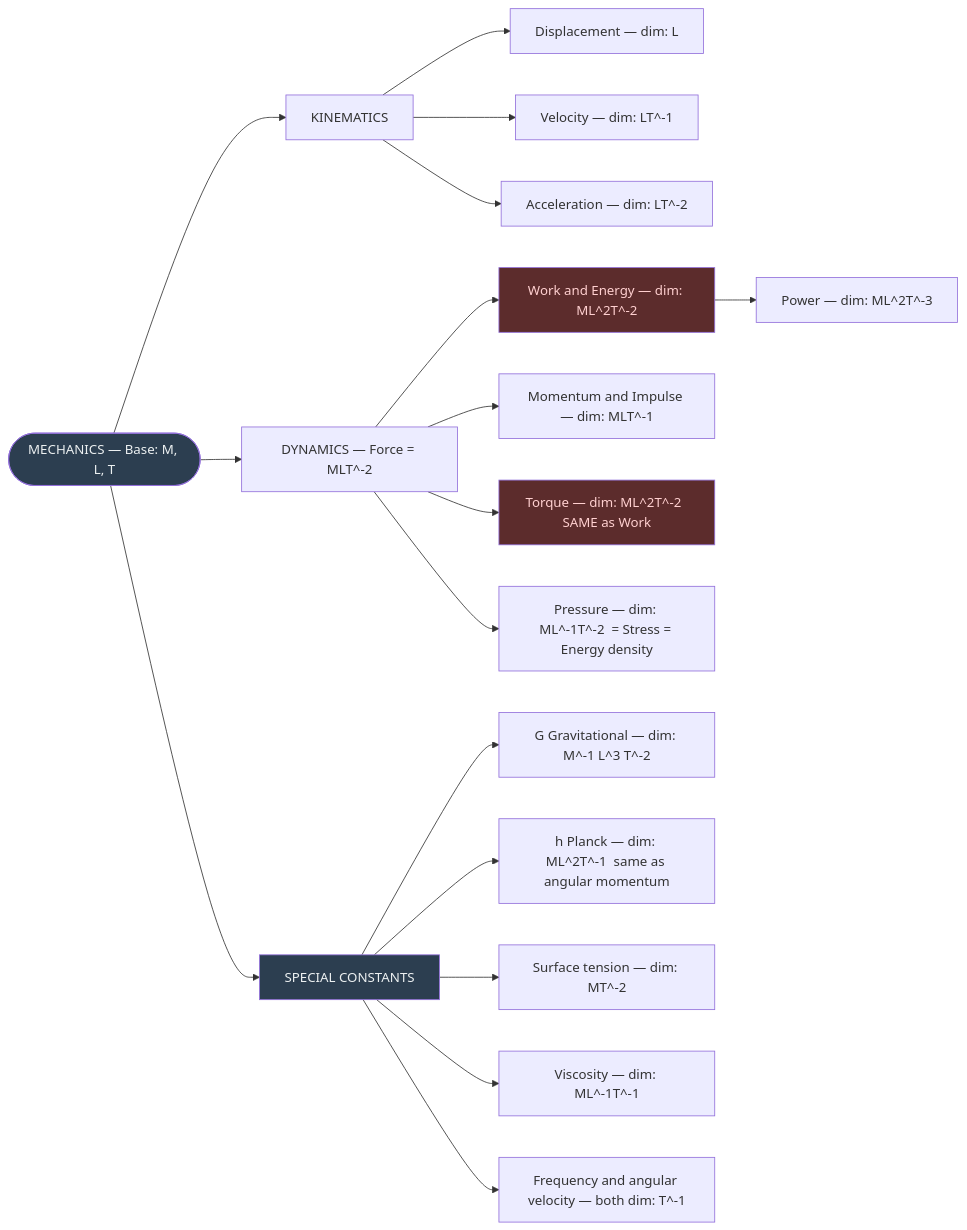
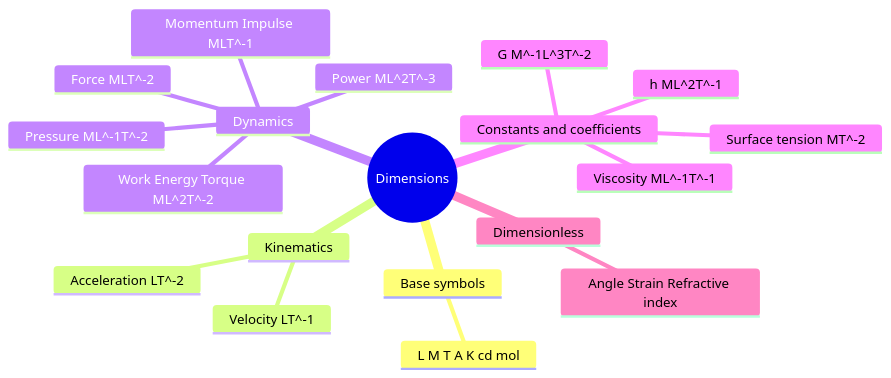
One commit to fsr-science/NCERT-Science changed the fourth of 7 diagrams in AI-NOTES/PHYSICS/PHYSICS01-UNITS_AND_MEASUREMENTS/PHYSICS01-UNITS_AND_MEASUREMENTS-CNOTES.md. Above: the diagram before and after it, drawn with Mermaid. The commit also changed other lines of this file and 8 other files, not shown here.

````diff
--- a/AI-NOTES/PHYSICS/PHYSICS01-UNITS_AND_MEASUREMENTS/PHYSICS01-UNITS_AND_MEASUREMENTS-CNOTES.md
+++ b/AI-NOTES/PHYSICS/PHYSICS01-UNITS_AND_MEASUREMENTS/PHYSICS01-UNITS_AND_MEASUREMENTS-CNOTES.md
@@ -259,28 +321,22 @@
 ```mermaid
-flowchart LR
-    BASE(["MECHANICS — Base: M, L, T"])
-
-    BASE --> KIN["KINEMATICS"]
-    KIN --> K1["Displacement — dim: L"]
-    KIN --> K2["Velocity — dim: LT^-1"]
-    KIN --> K3["Acceleration — dim: LT^-2"]
-
-    BASE --> DYN["DYNAMICS — Force = MLT^-2"]
-    DYN --> D1["Work and Energy — dim: ML^2T^-2"]
-    DYN --> D2["Momentum and Impulse — dim: MLT^-1"]
-    DYN --> D3["Torque — dim: ML^2T^-2  SAME as Work"]
-    DYN --> D4["Pressure — dim: ML^-1T^-2  = Stress = Energy density"]
-    D1 --> D5["Power — dim: ML^2T^-3"]
-
-    BASE --> SPEC["SPECIAL CONSTANTS"]
-    SPEC --> S1["G Gravitational — dim: M^-1 L^3 T^-2"]
-    SPEC --> S2["h Planck — dim: ML^2T^-1  same as angular momentum"]
-    SPEC --> S3["Surface tension — dim: MT^-2"]
-    SPEC --> S4["Viscosity — dim: ML^-1T^-1"]
-    SPEC --> S5["Frequency and angular velocity — both dim: T^-1"]
-
-    style BASE fill:#2c3e50,color:#ecf0f1
-    style SPEC fill:#2c3e50,color:#ecf0f1
-    style D3 fill:#5c2c2c,color:#ffd0d0
-    style D1 fill:#5c2c2c,color:#ffd0d0
+mindmap
+  root((Dimensions))
+    Base symbols
+      L M T A K cd mol
+    Kinematics
+      Velocity LT^-1
+      Acceleration LT^-2
+    Dynamics
+      Force MLT^-2
+      Work Energy Torque ML^2T^-2
+      Momentum Impulse MLT^-1
+      Power ML^2T^-3
+      Pressure ML^-1T^-2
+    Constants and coefficients
+      G M^-1L^3T^-2
+      h ML^2T^-1
+      Surface tension MT^-2
+      Viscosity ML^-1T^-1
+    Dimensionless
+      Angle Strain Refractive index
 ```
````
